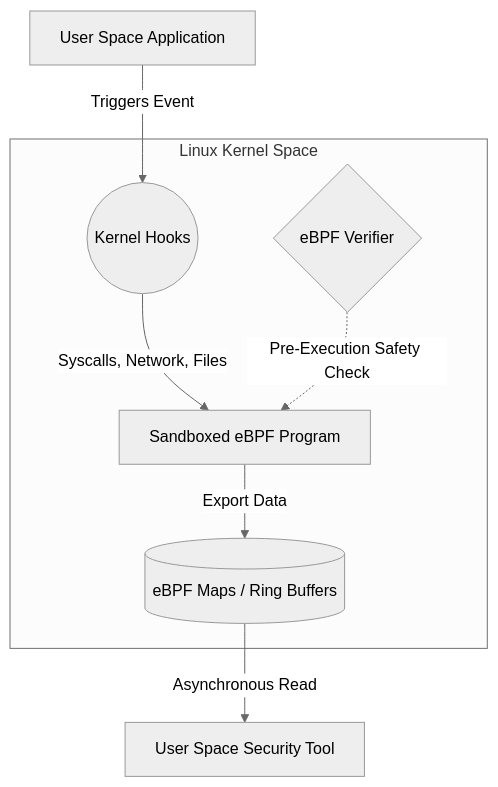
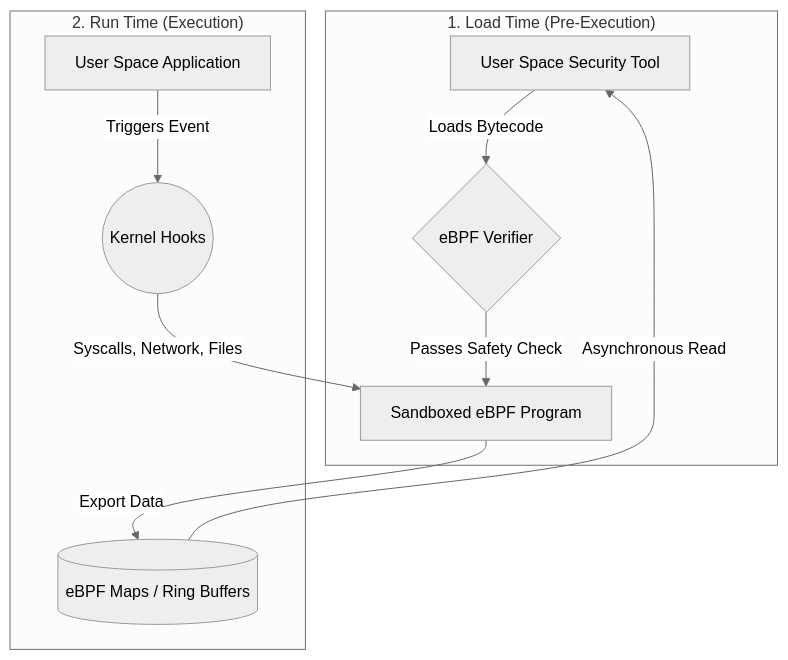
One commit to Pilleo/jseccomp changed the fourth of 6 diagrams in docs/presentation/article.md. Above: the diagram before and after it, drawn with Mermaid (neutral theme). The commit also changed other lines of this file and 3 other files, not shown here.

````diff
--- a/docs/presentation/article.md
+++ b/docs/presentation/article.md
@@ -90,13 +90,14 @@
 ```mermaid
 graph TD
-    UserApp[User Space Application] -->|Triggers Event| KernelHooks((Kernel Hooks))
-    
-    subgraph KernelSpace ["Linux Kernel Space"]
-        KernelHooks -->|Syscalls, Network, Files| eBPFProg[Sandboxed eBPF Program]
-        eBPFProg -->|Export Data| BPFMaps[(eBPF Maps / Ring Buffers)]
-        
-        Verifier{eBPF Verifier} -.->|Pre-Execution Safety Check| eBPFProg
+    subgraph LoadTime ["1. Load Time (Pre-Execution)"]
+        SecTool[User Space Security Tool] -->|Loads Bytecode| Verifier{eBPF Verifier}
+        Verifier -->|Passes Safety Check| eBPFProg[Sandboxed eBPF Program]
     end
     
-    BPFMaps -->|Asynchronous Read| SecTool[User Space Security Tool]
+    subgraph RunTime ["2. Run Time (Execution)"]
+        UserApp[User Space Application] -->|Triggers Event| KernelHooks((Kernel Hooks))
+        KernelHooks -->|Syscalls, Network, Files| eBPFProg
+        eBPFProg -->|Export Data| BPFMaps[(eBPF Maps / Ring Buffers)]
+        BPFMaps -->|Asynchronous Read| SecTool
+    end
 ```
````
